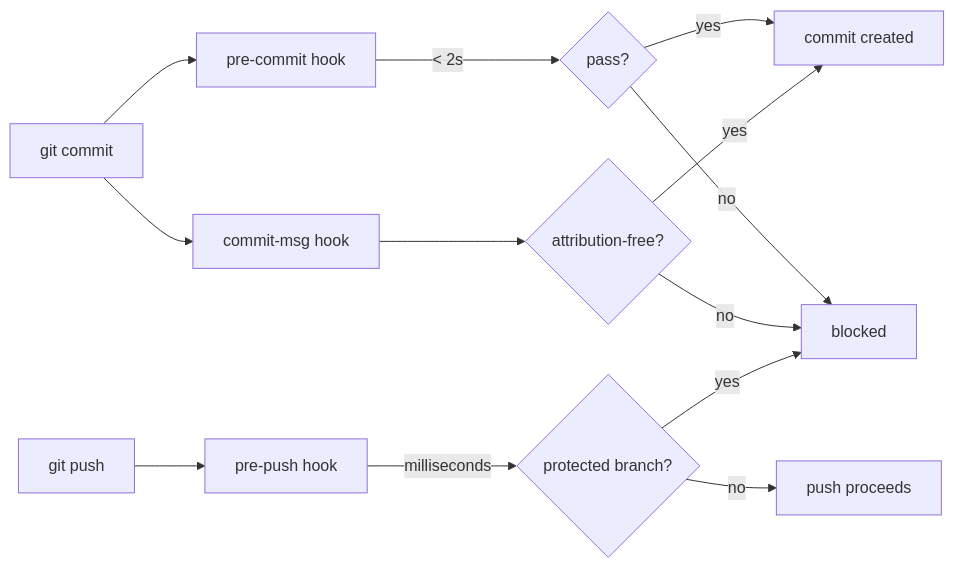
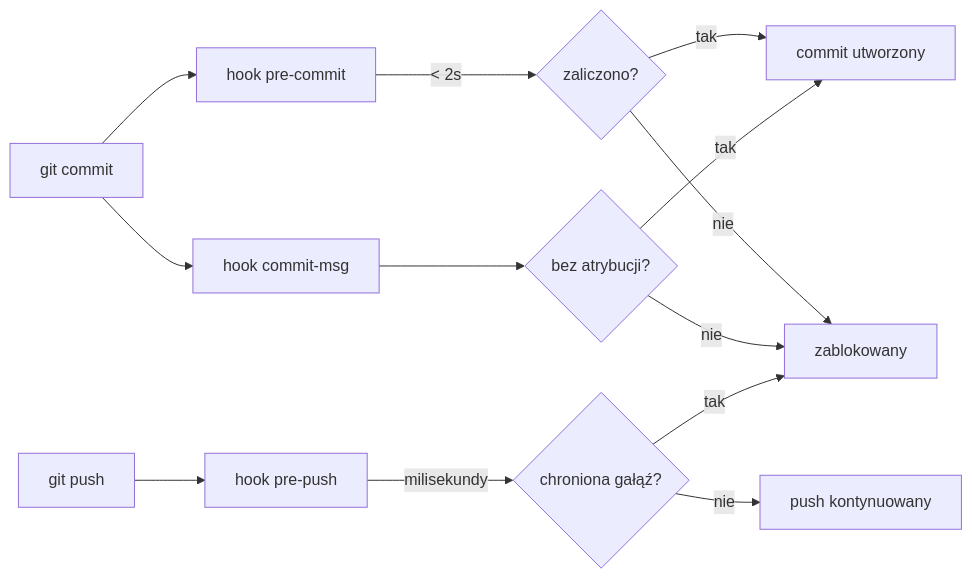
One commit to leszek3737/librefang-WIki changed the diagram in scripts-hooks.md. Above: the diagram before and after it, drawn with Mermaid. The commit also changed other lines of this file and 104 other files, not shown here.

````diff
--- a/scripts-hooks.md
+++ b/scripts-hooks.md
@@ -23,15 +23,15 @@
 ```mermaid
 flowchart LR
-    A[git commit] --> B[pre-commit hook]
-    A --> C[commit-msg hook]
-    B -->|"< 2s"| P{pass?}
-    C --> Q{attribution-free?}
-    P -->|yes| D[commit created]
-    Q -->|yes| D
-    P -->|no| X[blocked]
-    Q -->|no| X
-    E[git push] --> F[pre-push hook]
-    F -->|milliseconds| G{protected branch?}
-    G -->|no| H[push proceeds]
-    G -->|yes| X
+    A[git commit] --> B[hook pre-commit]
+    A --> C[hook commit-msg]
+    B -->|"< 2s"| P{zaliczono?}
+    C --> Q{bez atrybucji?}
+    P -->|tak| D[commit utworzony]
+    Q -->|tak| D
+    P -->|nie| X[zablokowany]
+    Q -->|nie| X
+    E[git push] --> F[hook pre-push]
+    F -->|milisekundy| G{chroniona gałąź?}
+    G -->|nie| H[push kontynuowany]
+    G -->|tak| X
 ```
````
